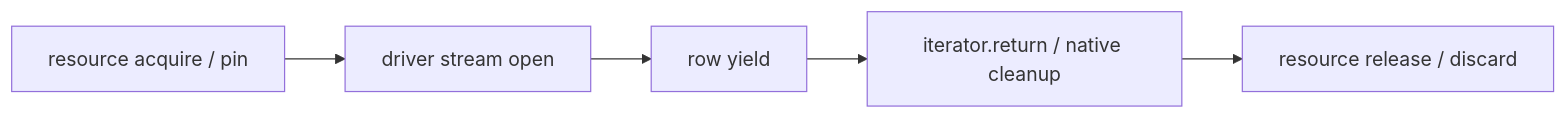
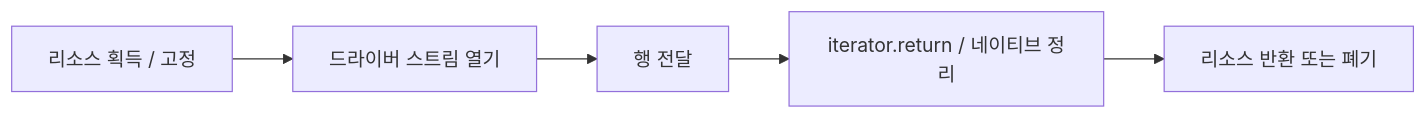
The fifth of 5 diagrams in docs/mental-model.ko.md (Clickin/SQLBraid), drawn with Mermaid before and after one commit. The commit also changed other lines of this file and 50 other files, not shown here.

````diff
--- a/docs/mental-model.ko.md
+++ b/docs/mental-model.ko.md
@@ -264,7 +264,7 @@
 ```mermaid
 flowchart LR
-  A[resource acquire / pin] --> B[driver stream open]
-  B --> C[row yield]
-  C --> D[iterator.return / native cleanup]
-  D --> E[resource release / discard]
+  A[리소스 획득 / 고정] --> B[드라이버 스트림 열기]
+  B --> C[행 전달]
+  C --> D[iterator.return / 네이티브 정리]
+  D --> E[리소스 반환 또는 폐기]
 ```
````
